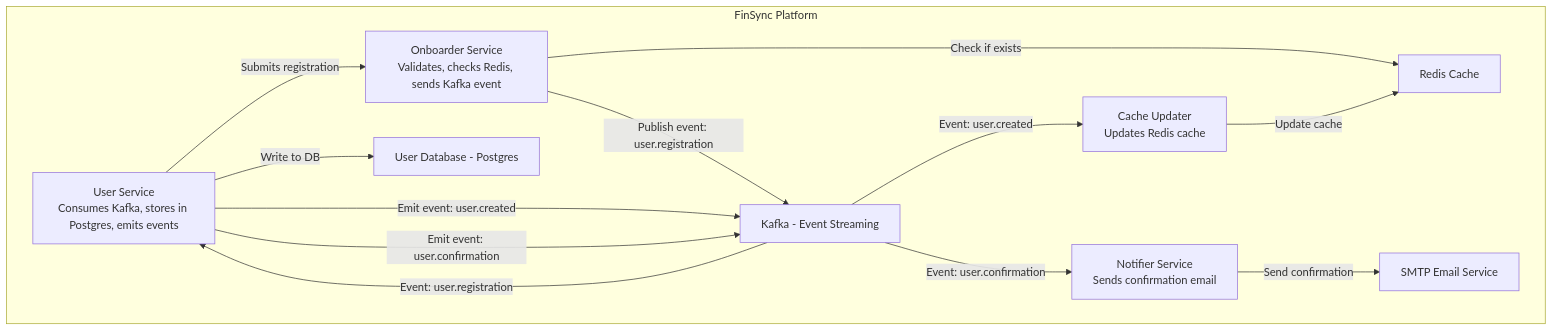
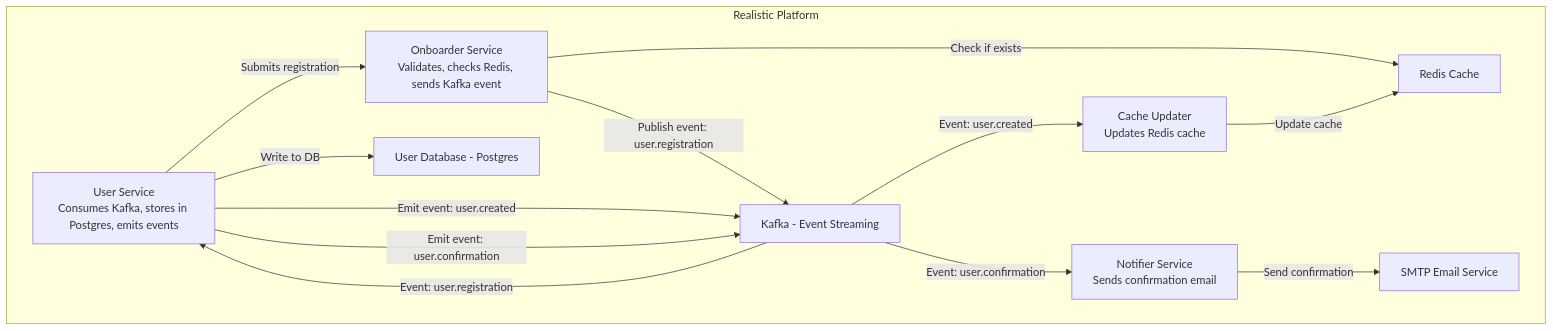
One commit to AnuchitO/softcraft-valley changed the diagram in Jade-Palace.md. Above: the diagram before and after it, drawn with Mermaid. The commit also changed other lines of this file, not shown here.

Commit message:
update system name

````diff
--- a/Jade-Palace.md
+++ b/Jade-Palace.md
@@ -89,28 +89,28 @@
 ```mermaid
 flowchart TD
   user[User: Registers as a new user]
 
-  subgraph "FinSync Platform"
-    onboarder[Onboarder Service\nValidates, checks Redis, sends Kafka event]
-    user[User Service\nConsumes Kafka, stores in Postgres, emits events]
-    notifier[Notifier Service\nSends confirmation email]
-    cacheupdater[Cache Updater\nUpdates Redis cache]
+  subgraph "Realistic Platform"
+    onboarder[Onboarder Service<br/>Validates, checks Redis, sends Kafka event]
+    user[User Service<br/>Consumes Kafka, stores in Postgres, emits events]
+    notifier[Notifier Service<br/>Sends confirmation email]
+    cacheupdater[Cache Updater<br/>Updates Redis cache]
 
     redis[Redis Cache]
     postgres[User Database - Postgres]
     kafka[Kafka - Event Streaming]
     email[SMTP Email Service]
   end
 
   user -->|Submits registration| onboarder
   onboarder -->|Check if exists| redis
   onboarder -->|Publish event: user.registration| kafka
   kafka -->|Event: user.registration| user
   user -->|Write to DB| postgres
   user -->|Emit event: user.created| kafka
   user -->|Emit event: user.confirmation| kafka
   kafka -->|Event: user.confirmation| notifier
   notifier -->|Send confirmation| email
   kafka -->|Event: user.created| cacheupdater
   cacheupdater -->|Update cache| redis
 ```
````
